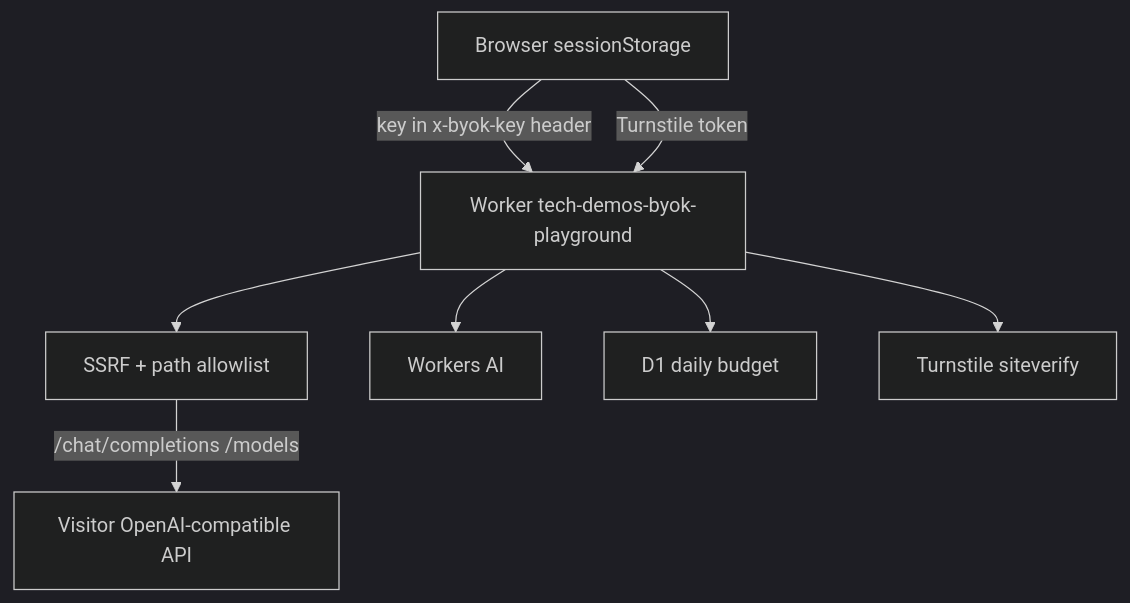
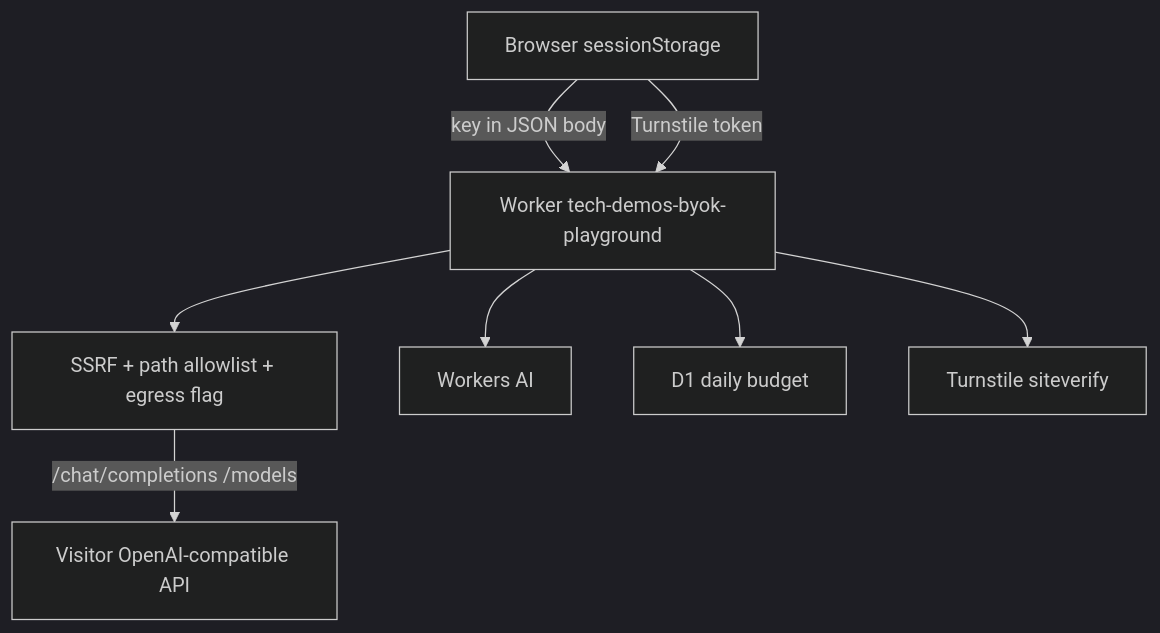
One commit to theserverlessdev/tech-demos changed the diagram in demos/byok-playground/PLAN.md. Above: the diagram before and after it, drawn with Mermaid (dark theme). The commit also changed other lines of this file and 43 other files, not shown here.

````diff
--- a/demos/byok-playground/PLAN.md
+++ b/demos/byok-playground/PLAN.md
@@ -39,18 +40,18 @@
 ```mermaid
 flowchart TD
   browser[Browser sessionStorage]
   worker[Worker tech-demos-byok-playground]
-  ssrf[SSRF + path allowlist]
+  ssrf[SSRF + path allowlist + egress flag]
   userApi[Visitor OpenAI-compatible API]
   ai[Workers AI]
   d1[D1 daily budget]
   turnstile[Turnstile siteverify]
 
-  browser -->|key in x-byok-key header| worker
+  browser -->|key in JSON body| worker
   worker --> ssrf
   ssrf -->|/chat/completions /models| userApi
   browser -->|Turnstile token| worker
   worker --> turnstile
   worker --> d1
   worker --> ai
 ```
````
